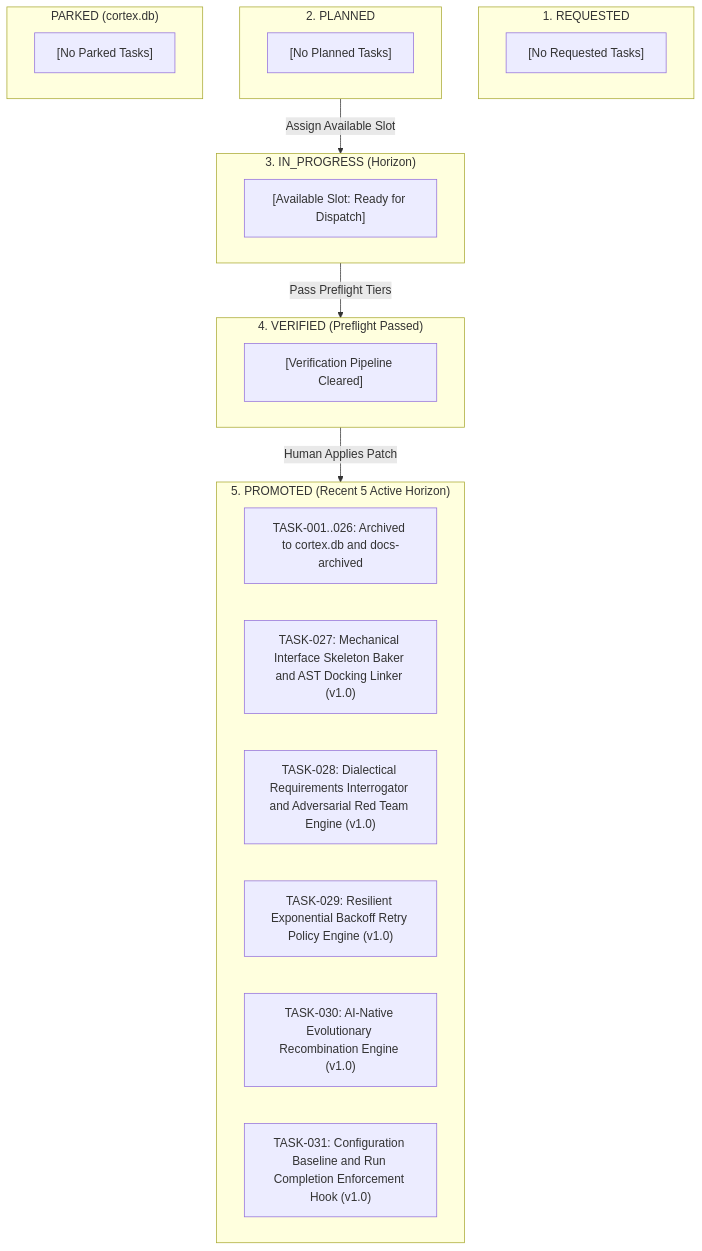
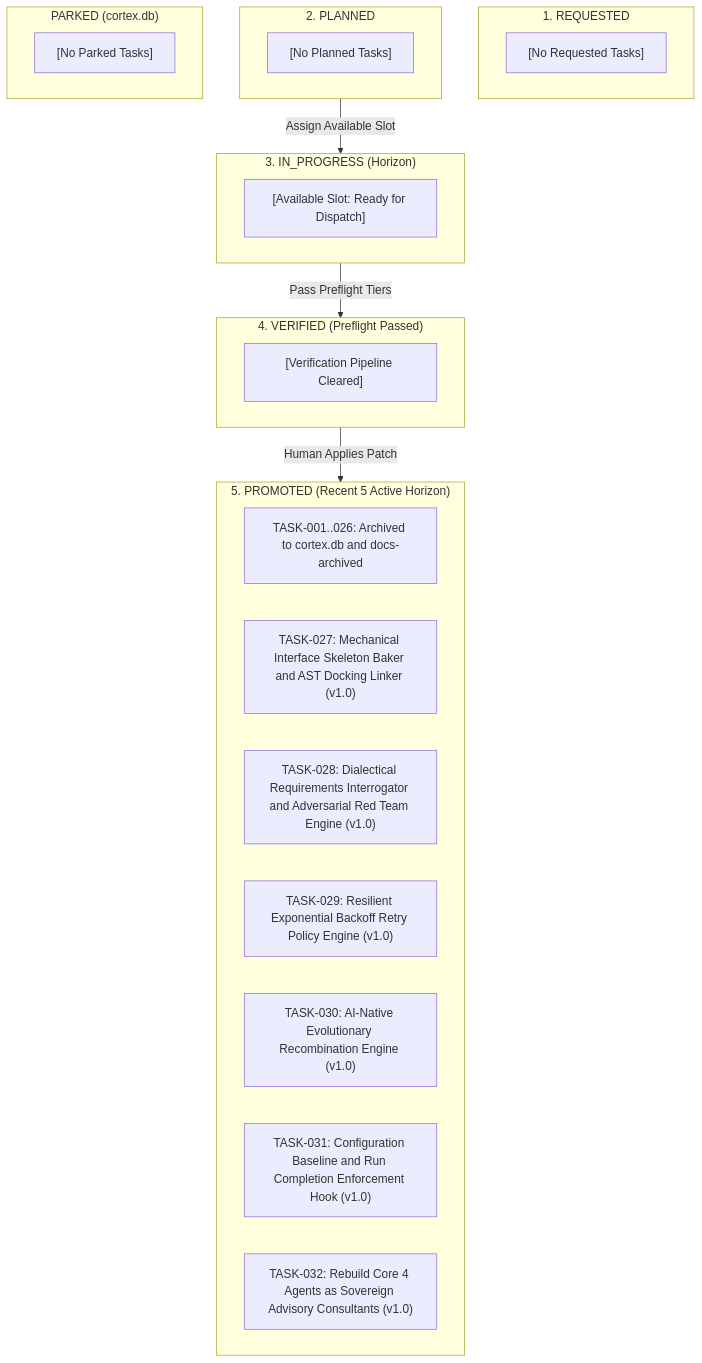
One commit to jinseobhong/antigravity-autopoiesis changed the third of 4 diagrams in docs/active/CURRENT_STATE.md. Above: the diagram before and after it, drawn with Mermaid. The commit also changed 8 other files, not shown here.

Commit message:
feat(agents): rebuild core 4 agents and skills as read-only advisory consultants under Sovereign Authoring (TASK-032)

````diff
--- a/docs/active/CURRENT_STATE.md
+++ b/docs/active/CURRENT_STATE.md
@@ -122,35 +122,36 @@
 ```mermaid
 flowchart TD
     subgraph ColRequested ["1. REQUESTED"]
         REQ_100["[No Requested Tasks]"]
     end
 
     subgraph ColPlanned ["2. PLANNED"]
         PLN_100["[No Planned Tasks]"]
     end
 
     subgraph ColParked ["PARKED (cortex.db)"]
         PRK_100["[No Parked Tasks]"]
     end
 
     subgraph ColActive ["3. IN_PROGRESS (Horizon)"]
         ACT_100["[Available Slot: Ready for Dispatch]"]
     end
 
     subgraph ColVerified ["4. VERIFIED (Preflight Passed)"]
         VER_100["[Verification Pipeline Cleared]"]
     end
 
     subgraph ColPromoted ["5. PROMOTED (Recent 5 Active Horizon)"]
         PRM_ARCH["TASK-001..026: Archived to cortex.db and docs-archived"]
         PRM_127["TASK-027: Mechanical Interface Skeleton Baker and AST Docking Linker (v1.0)"]
         PRM_128["TASK-028: Dialectical Requirements Interrogator and Adversarial Red Team Engine (v1.0)"]
         PRM_129["TASK-029: Resilient Exponential Backoff Retry Policy Engine (v1.0)"]
         PRM_130["TASK-030: AI-Native Evolutionary Recombination Engine (v1.0)"]
         PRM_131["TASK-031: Configuration Baseline and Run Completion Enforcement Hook (v1.0)"]
+        PRM_132["TASK-032: Rebuild Core 4 Agents as Sovereign Advisory Consultants (v1.0)"]
     end
 
     ColPlanned -->|"Assign Available Slot"| ColActive
     ColActive -->|"Pass Preflight Tiers"| ColVerified
     ColVerified -->|"Human Applies Patch"| ColPromoted
 ```
````
